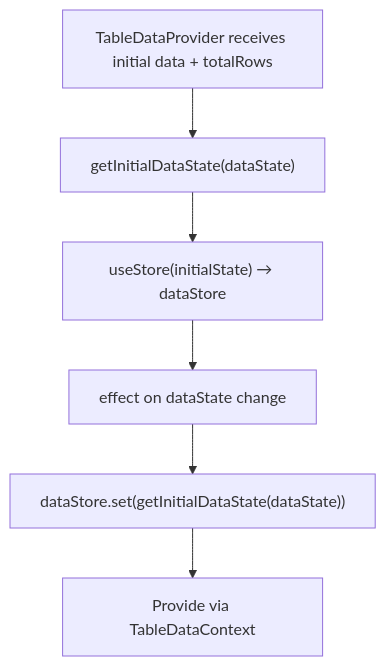
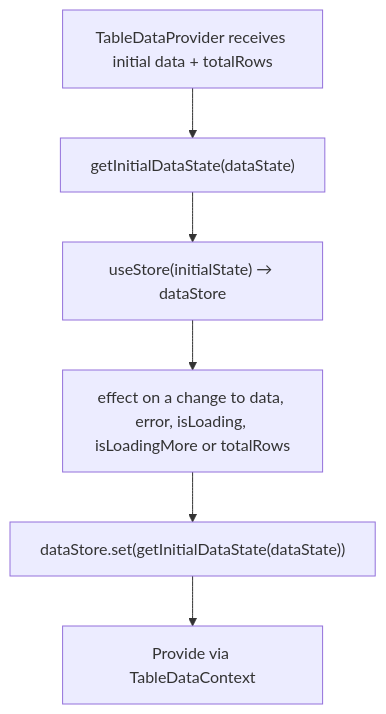
One commit to luciocabrera/lcabrera-stack changed the second of 2 diagrams in packages/ui/src/components/Table/contexts/TableData/ARCHITECTURE.md. Above: the diagram before and after it, drawn with Mermaid. The commit also changed other lines of this file and 62 other files, not shown here.

````diff
--- a/packages/ui/src/components/Table/contexts/TableData/ARCHITECTURE.md
+++ b/packages/ui/src/components/Table/contexts/TableData/ARCHITECTURE.md
@@ -75,9 +75,9 @@
 ```mermaid
 graph TD
   A["TableDataProvider receives initial data + totalRows"]
   A --> B["getInitialDataState(dataState)"]
   B --> C["useStore(initialState) → dataStore"]
-  C --> D["effect on dataState change"]
+  C --> D["effect on a change to data, error, isLoading, isLoadingMore or totalRows"]
   D --> E["dataStore.set(getInitialDataState(dataState))"]
   E --> F["Provide via TableDataContext"]
 ```
````
